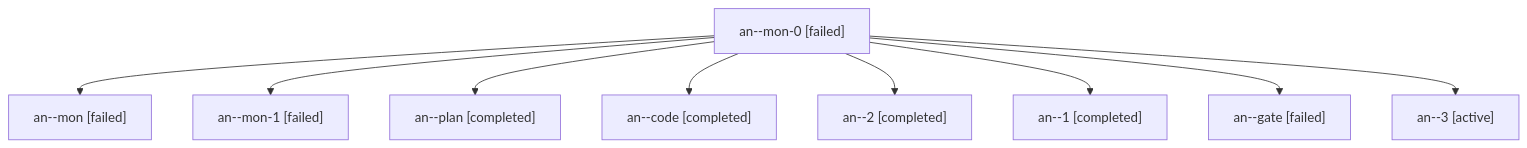
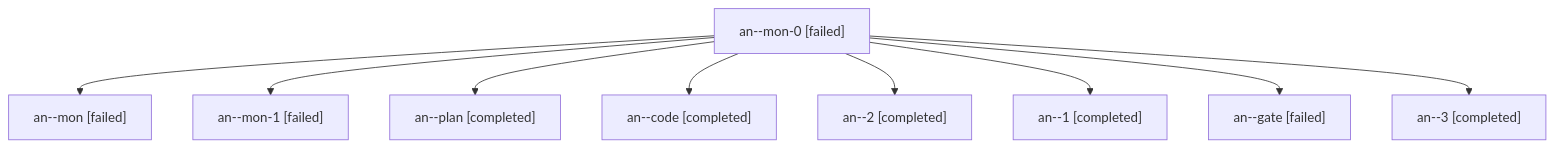
The diagram in sessions/bbugyi200.apollo.an.md (bobs-org/bob-cli--agents), drawn with Mermaid before and after one commit. The commit also changed other lines of this file and 89 other files, not shown here.

````diff
--- a/sessions/bbugyi200.apollo.an.md
+++ b/sessions/bbugyi200.apollo.an.md
@@ -9,20 +9,20 @@
 ```mermaid
 flowchart TD
   n0["an--mon-0 [failed]"]
   n1["an--mon [failed]"]
   n0 --> n1
   n2["an--mon-1 [failed]"]
   n0 --> n2
   n3["an--plan [completed]"]
   n0 --> n3
   n4["an--code [completed]"]
   n0 --> n4
   n5["an--2 [completed]"]
   n0 --> n5
   n6["an--1 [completed]"]
   n0 --> n6
   n7["an--gate [failed]"]
   n0 --> n7
-  n8["an--3 [active]"]
+  n8["an--3 [completed]"]
   n0 --> n8
 ```
````
